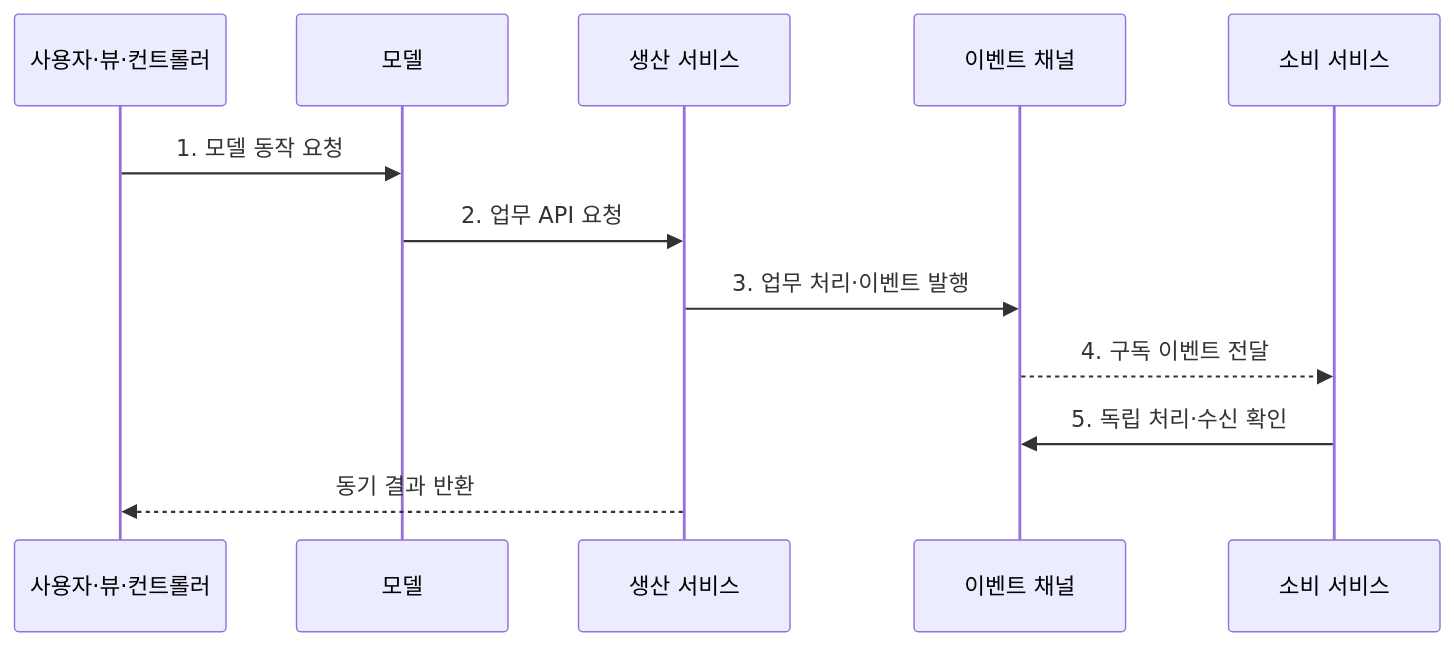
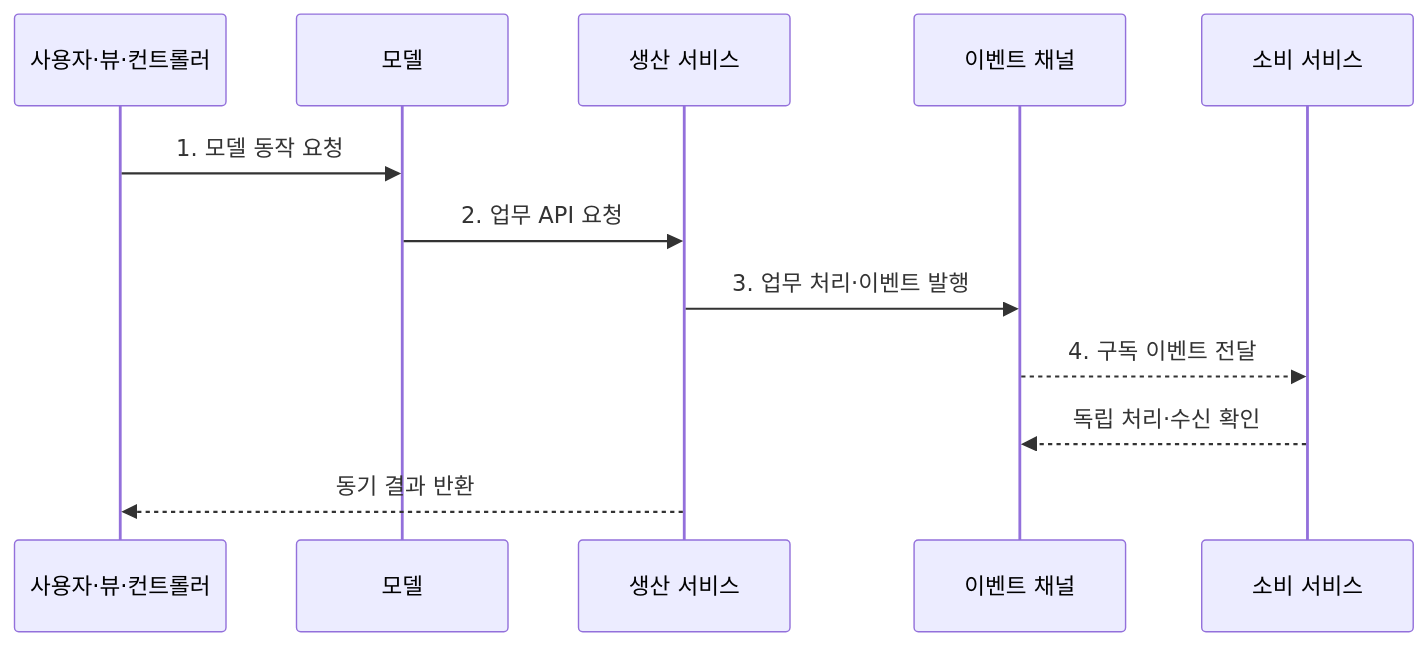
The second of 2 diagrams in src/content/docs/notes/03-software/038_architecture_patterns.md (agnusdei1207/knowledge-base), drawn with Mermaid before and after one commit. The commit also changed other lines of this file and 20 other files, not shown here.

````diff
--- a/src/content/docs/notes/03-software/038_architecture_patterns.md
+++ b/src/content/docs/notes/03-software/038_architecture_patterns.md
@@ -84,14 +84,14 @@
 ```mermaid
 sequenceDiagram
     participant U as 사용자·뷰·컨트롤러
     participant M as 모델
     participant P as 생산 서비스
     participant E as 이벤트 채널
     participant Q as 소비 서비스
     U->>M: 1. 모델 동작 요청
     M->>P: 2. 업무 API 요청
     P->>E: 3. 업무 처리·이벤트 발행
     E-->>Q: 4. 구독 이벤트 전달
-    Q->>E: 5. 독립 처리·수신 확인
+    Q-->>E: 독립 처리·수신 확인
     P-->>U: 동기 결과 반환
 ```
````
